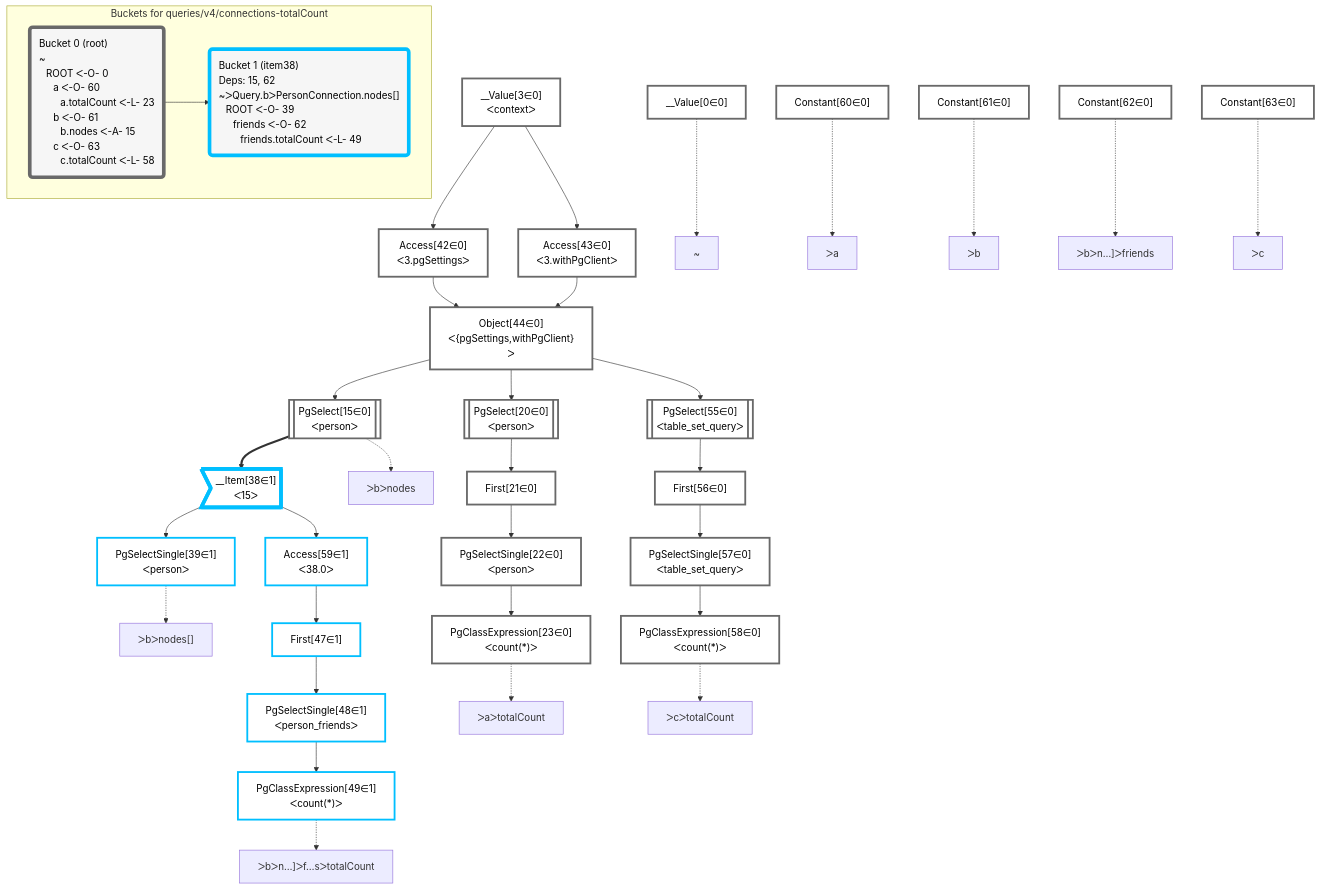
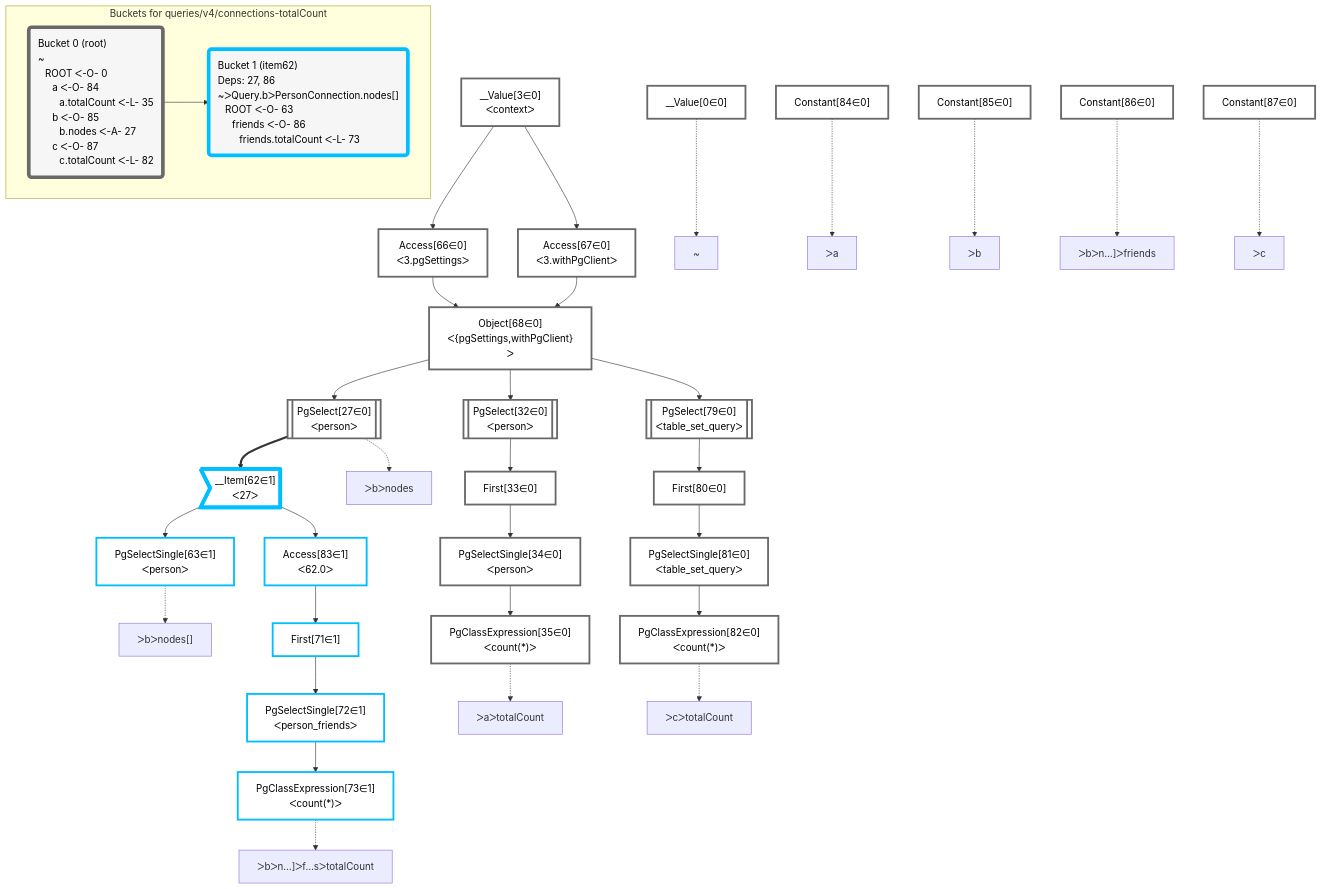
One commit to graphile/crystal changed the diagram in packages/postgraphile/__tests__/queries/v4/connections-totalCount.mermaid. Above: the diagram before and after it, drawn with Mermaid. The commit also changed 2 other files, not shown here.

```diff
--- a/packages/postgraphile/__tests__/queries/v4/connections-totalCount.mermaid
+++ b/packages/postgraphile/__tests__/queries/v4/connections-totalCount.mermaid
@@ -1,85 +1,85 @@
 graph TD
     classDef path fill:#eee,stroke:#000,color:#000
     classDef plan fill:#fff,stroke-width:3px,color:#000
     classDef itemplan fill:#fff,stroke-width:6px,color:#000
     classDef sideeffectplan fill:#f00,stroke-width:6px,color:#000
     classDef bucket fill:#f6f6f6,color:#000,stroke-width:6px,text-align:left
 
 
     %% define plans
     __Value0["__Value[0∈0]"]:::plan
     __Value3["__Value[3∈0]<br />ᐸcontextᐳ"]:::plan
-    Access42["Access[42∈0]<br />ᐸ3.pgSettingsᐳ"]:::plan
-    Access43["Access[43∈0]<br />ᐸ3.withPgClientᐳ"]:::plan
-    Object44["Object[44∈0]<br />ᐸ{pgSettings,withPgClient}ᐳ"]:::plan
-    PgSelect15[["PgSelect[15∈0]<br />ᐸpersonᐳ"]]:::plan
-    Constant60["Constant[60∈0]"]:::plan
-    PgSelect20[["PgSelect[20∈0]<br />ᐸpersonᐳ"]]:::plan
-    First21["First[21∈0]"]:::plan
-    PgSelectSingle22["PgSelectSingle[22∈0]<br />ᐸpersonᐳ"]:::plan
-    PgClassExpression23["PgClassExpression[23∈0]<br />ᐸcount(*)ᐳ"]:::plan
-    Constant61["Constant[61∈0]"]:::plan
-    __Item38>"__Item[38∈1]<br />ᐸ15ᐳ"]:::itemplan
-    PgSelectSingle39["PgSelectSingle[39∈1]<br />ᐸpersonᐳ"]:::plan
-    Constant62["Constant[62∈0]"]:::plan
-    Access59["Access[59∈1]<br />ᐸ38.0ᐳ"]:::plan
-    First47["First[47∈1]"]:::plan
-    PgSelectSingle48["PgSelectSingle[48∈1]<br />ᐸperson_friendsᐳ"]:::plan
-    PgClassExpression49["PgClassExpression[49∈1]<br />ᐸcount(*)ᐳ"]:::plan
-    Constant63["Constant[63∈0]"]:::plan
-    PgSelect55[["PgSelect[55∈0]<br />ᐸtable_set_queryᐳ"]]:::plan
-    First56["First[56∈0]"]:::plan
-    PgSelectSingle57["PgSelectSingle[57∈0]<br />ᐸtable_set_queryᐳ"]:::plan
-    PgClassExpression58["PgClassExpression[58∈0]<br />ᐸcount(*)ᐳ"]:::plan
+    Access66["Access[66∈0]<br />ᐸ3.pgSettingsᐳ"]:::plan
+    Access67["Access[67∈0]<br />ᐸ3.withPgClientᐳ"]:::plan
+    Object68["Object[68∈0]<br />ᐸ{pgSettings,withPgClient}ᐳ"]:::plan
+    PgSelect27[["PgSelect[27∈0]<br />ᐸpersonᐳ"]]:::plan
+    Constant84["Constant[84∈0]"]:::plan
+    PgSelect32[["PgSelect[32∈0]<br />ᐸpersonᐳ"]]:::plan
+    First33["First[33∈0]"]:::plan
+    PgSelectSingle34["PgSelectSingle[34∈0]<br />ᐸpersonᐳ"]:::plan
+    PgClassExpression35["PgClassExpression[35∈0]<br />ᐸcount(*)ᐳ"]:::plan
+    Constant85["Constant[85∈0]"]:::plan
+    __Item62>"__Item[62∈1]<br />ᐸ27ᐳ"]:::itemplan
+    PgSelectSingle63["PgSelectSingle[63∈1]<br />ᐸpersonᐳ"]:::plan
+    Constant86["Constant[86∈0]"]:::plan
+    Access83["Access[83∈1]<br />ᐸ62.0ᐳ"]:::plan
+    First71["First[71∈1]"]:::plan
+    PgSelectSingle72["PgSelectSingle[72∈1]<br />ᐸperson_friendsᐳ"]:::plan
+    PgClassExpression73["PgClassExpression[73∈1]<br />ᐸcount(*)ᐳ"]:::plan
+    Constant87["Constant[87∈0]"]:::plan
+    PgSelect79[["PgSelect[79∈0]<br />ᐸtable_set_queryᐳ"]]:::plan
+    First80["First[80∈0]"]:::plan
+    PgSelectSingle81["PgSelectSingle[81∈0]<br />ᐸtable_set_queryᐳ"]:::plan
+    PgClassExpression82["PgClassExpression[82∈0]<br />ᐸcount(*)ᐳ"]:::plan
 
     %% plan dependencies
-    __Value3 --> Access42
-    __Value3 --> Access43
-    Access42 & Access43 --> Object44
-    Object44 --> PgSelect15
-    Object44 --> PgSelect20
-    PgSelect20 --> First21
-    First21 --> PgSelectSingle22
-    PgSelectSingle22 --> PgClassExpression23
-    PgSelect15 ==> __Item38
-    __Item38 --> PgSelectSingle39
-    __Item38 --> Access59
-    Access59 --> First47
-    First47 --> PgSelectSingle48
-    PgSelectSingle48 --> PgClassExpression49
-    Object44 --> PgSelect55
-    PgSelect55 --> First56
-    First56 --> PgSelectSingle57
-    PgSelectSingle57 --> PgClassExpression58
+    __Value3 --> Access66
+    __Value3 --> Access67
+    Access66 & Access67 --> Object68
+    Object68 --> PgSelect27
+    Object68 --> PgSelect32
+    PgSelect32 --> First33
+    First33 --> PgSelectSingle34
+    PgSelectSingle34 --> PgClassExpression35
+    PgSelect27 ==> __Item62
+    __Item62 --> PgSelectSingle63
+    __Item62 --> Access83
+    Access83 --> First71
+    First71 --> PgSelectSingle72
+    PgSelectSingle72 --> PgClassExpression73
+    Object68 --> PgSelect79
+    PgSelect79 --> First80
+    First80 --> PgSelectSingle81
+    PgSelectSingle81 --> PgClassExpression82
 
     %% plan-to-path relationships
     P0["~"]
     __Value0 -.-> P0
-    P15["ᐳbᐳnodes"]
-    PgSelect15 -.-> P15
-    P23["ᐳaᐳtotalCount"]
-    PgClassExpression23 -.-> P23
-    P39["ᐳbᐳnodes[]"]
-    PgSelectSingle39 -.-> P39
-    P49["ᐳbᐳn…]ᐳf…sᐳtotalCount"]
-    PgClassExpression49 -.-> P49
-    P58["ᐳcᐳtotalCount"]
-    PgClassExpression58 -.-> P58
-    P60["ᐳa"]
-    Constant60 -.-> P60
-    P61["ᐳb"]
-    Constant61 -.-> P61
-    P62["ᐳbᐳn…]ᐳfriends"]
-    Constant62 -.-> P62
-    P63["ᐳc"]
-    Constant63 -.-> P63
+    P27["ᐳbᐳnodes"]
+    PgSelect27 -.-> P27
+    P35["ᐳaᐳtotalCount"]
+    PgClassExpression35 -.-> P35
+    P63["ᐳbᐳnodes[]"]
+    PgSelectSingle63 -.-> P63
+    P73["ᐳbᐳn…]ᐳf…sᐳtotalCount"]
+    PgClassExpression73 -.-> P73
+    P82["ᐳcᐳtotalCount"]
+    PgClassExpression82 -.-> P82
+    P84["ᐳa"]
+    Constant84 -.-> P84
+    P85["ᐳb"]
+    Constant85 -.-> P85
+    P86["ᐳbᐳn…]ᐳfriends"]
+    Constant86 -.-> P86
+    P87["ᐳc"]
+    Constant87 -.-> P87
 
     subgraph "Buckets for queries/v4/connections-totalCount"
-    Bucket0("Bucket 0 (root)<br />~<br />⠀ROOT ᐸ-O- 0<br />⠀⠀a ᐸ-O- 60<br />⠀⠀⠀a.totalCount ᐸ-L- 23<br />⠀⠀b ᐸ-O- 61<br />⠀⠀⠀b.nodes ᐸ-A- 15<br />⠀⠀c ᐸ-O- 63<br />⠀⠀⠀c.totalCount ᐸ-L- 58"):::bucket
+    Bucket0("Bucket 0 (root)<br />~<br />⠀ROOT ᐸ-O- 0<br />⠀⠀a ᐸ-O- 84<br />⠀⠀⠀a.totalCount ᐸ-L- 35<br />⠀⠀b ᐸ-O- 85<br />⠀⠀⠀b.nodes ᐸ-A- 27<br />⠀⠀c ᐸ-O- 87<br />⠀⠀⠀c.totalCount ᐸ-L- 82"):::bucket
     classDef bucket0 stroke:#696969
-    class Bucket0,__Value0,__Value3,PgSelect15,PgSelect20,First21,PgSelectSingle22,PgClassExpression23,Access42,Access43,Object44,PgSelect55,First56,PgSelectSingle57,PgClassExpression58,Constant60,Constant61,Constant62,Constant63 bucket0
-    Bucket1("Bucket 1 (item38)<br />Deps: 15, 62<br />~ᐳQuery.bᐳPersonConnection.nodes[]<br />⠀ROOT ᐸ-O- 39<br />⠀⠀friends ᐸ-O- 62<br />⠀⠀⠀friends.totalCount ᐸ-L- 49"):::bucket
+    class Bucket0,__Value0,__Value3,PgSelect27,PgSelect32,First33,PgSelectSingle34,PgClassExpression35,Access66,Access67,Object68,PgSelect79,First80,PgSelectSingle81,PgClassExpression82,Constant84,Constant85,Constant86,Constant87 bucket0
+    Bucket1("Bucket 1 (item62)<br />Deps: 27, 86<br />~ᐳQuery.bᐳPersonConnection.nodes[]<br />⠀ROOT ᐸ-O- 63<br />⠀⠀friends ᐸ-O- 86<br />⠀⠀⠀friends.totalCount ᐸ-L- 73"):::bucket
     classDef bucket1 stroke:#00bfff
-    class Bucket1,__Item38,PgSelectSingle39,First47,PgSelectSingle48,PgClassExpression49,Access59 bucket1
+    class Bucket1,__Item62,PgSelectSingle63,First71,PgSelectSingle72,PgClassExpression73,Access83 bucket1
     Bucket0 --> Bucket1
     end
```
